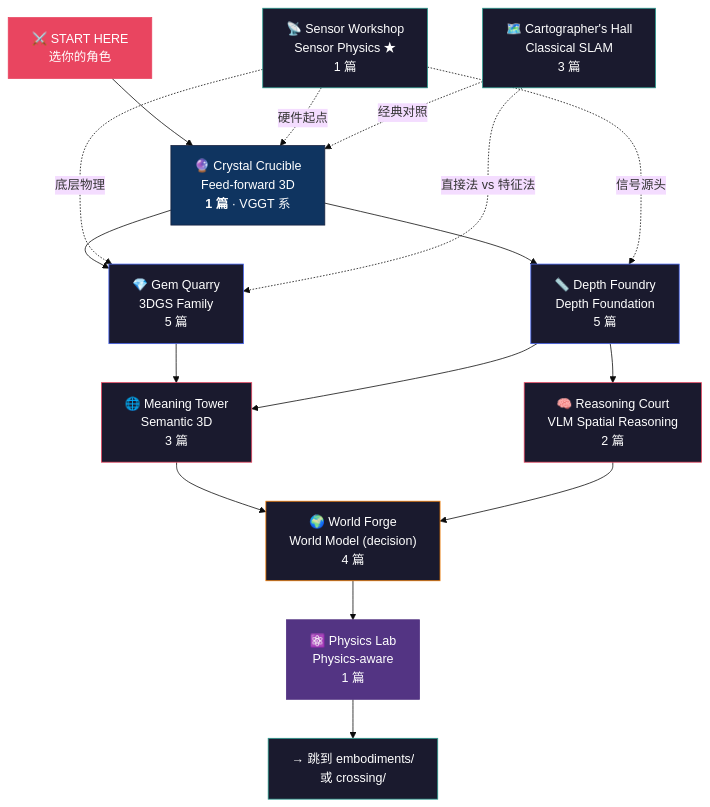
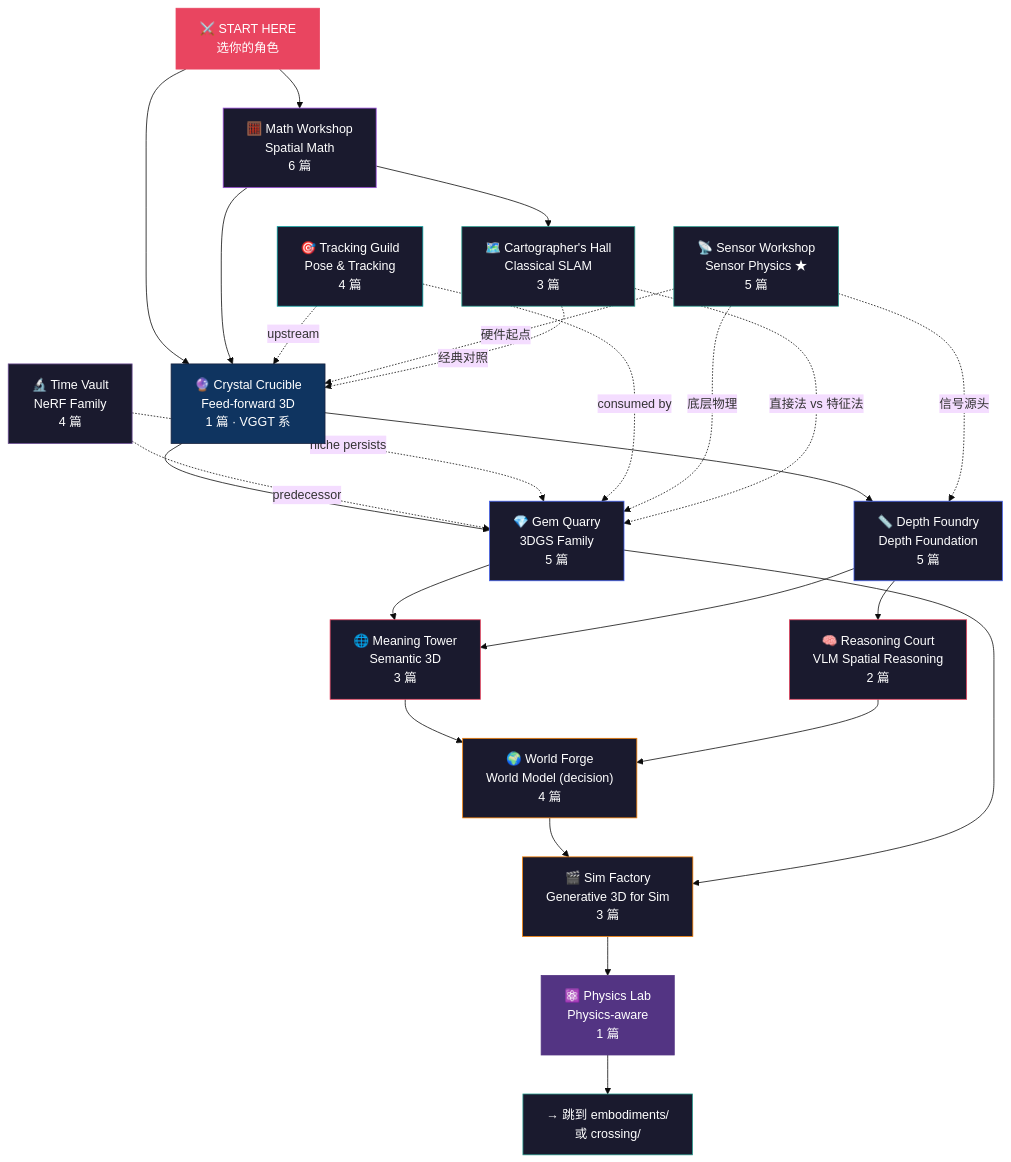
One commit to sou350121/Spatial-Intelligence-Handbook changed the diagram in foundations/README.md. Above: the diagram before and after it, drawn with Mermaid (base theme). The commit also changed other lines of this file and 25 other files, not shown here.

First line of the commit message:
feat(foundations): + 4 new zones (math / NeRF / pose-tracking / sim) + sensor expansion

````diff
--- a/foundations/README.md
+++ b/foundations/README.md
@@ -30,37 +34,54 @@
 ```mermaid
 graph TD
-    START["⚔️ START HERE<br/>选你的角色"] --> FF["🔮 Crystal Crucible<br/>Feed-forward 3D<br/><b>1 篇</b> · VGGT 系"]
+    START["⚔️ START HERE<br/>选你的角色"] --> MATH["🧮 Math Workshop<br/>Spatial Math<br/>6 篇"]
+    START --> FF["🔮 Crystal Crucible<br/>Feed-forward 3D<br/>1 篇 · VGGT 系"]
+
+    MATH --> FF
+    MATH --> CS["🗺️ Cartographer's Hall<br/>Classical SLAM<br/>3 篇"]
 
     FF --> GS["💎 Gem Quarry<br/>3DGS Family<br/>5 篇"]
     FF --> DF["📏 Depth Foundry<br/>Depth Foundation<br/>5 篇"]
+
+    NF["🔬 Time Vault<br/>NeRF Family<br/>4 篇"] -.->|predecessor| GS
+    NF -.->|niche persists| GS
 
     GS --> SM["🌐 Meaning Tower<br/>Semantic 3D<br/>3 篇"]
     DF --> SM
     DF --> VLM["🧠 Reasoning Court<br/>VLM Spatial Reasoning<br/>2 篇"]
 
+    PT["🎯 Tracking Guild<br/>Pose & Tracking<br/>4 篇"] -.->|upstream| FF
+    PT -.->|consumed by| GS
+
     SM --> WM["🌍 World Forge<br/>World Model (decision)<br/>4 篇"]
     VLM --> WM
 
-    WM --> PHY["⚛️ Physics Lab<br/>Physics-aware<br/>1 篇"]
+    WM --> GEN["🎬 Sim Factory<br/>Generative 3D for Sim<br/>3 篇"]
+    GS --> GEN
 
-    SP["📡 Sensor Workshop<br/>Sensor Physics ★<br/>1 篇"] -.->|硬件起点| FF
+    GEN --> PHY["⚛️ Physics Lab<br/>Physics-aware<br/>1 篇"]
+
+    SP["📡 Sensor Workshop<br/>Sensor Physics ★<br/>5 篇"] -.->|硬件起点| FF
     SP -.->|底层物理| GS
     SP -.->|信号源头| DF
 
     PHY --> NEXT["→ 跳到 embodiments/<br/>或 crossing/"]
 
-    CS["🗺️ Cartographer's Hall<br/>Classical SLAM<br/>3 篇"] -.->|经典对照| FF
+    CS -.->|经典对照| FF
     CS -.->|直接法 vs 特征法| GS
 
     style START fill:#e94560,stroke:#e94560,color:#fff
+    style MATH fill:#1a1a2e,stroke:#9d4edd,color:#fff
     style FF fill:#0f3460,stroke:#16213e,color:#fff
     style GS fill:#1a1a2e,stroke:#4361ee,color:#fff
+    style NF fill:#1a1a2e,stroke:#6a4c93,color:#fff
     style DF fill:#1a1a2e,stroke:#4361ee,color:#fff
     style SM fill:#1a1a2e,stroke:#e94560,color:#fff
     style VLM fill:#1a1a2e,stroke:#e94560,color:#fff
     style WM fill:#1a1a2e,stroke:#f77f00,color:#fff
+    style GEN fill:#1a1a2e,stroke:#f77f00,color:#fff
     style PHY fill:#533483,stroke:#533483,color:#fff
     style SP fill:#1a1a2e,stroke:#2a9d8f,color:#fff
+    style PT fill:#1a1a2e,stroke:#06a0a0,color:#fff
     style NEXT fill:#1a1a2e,stroke:#2a9d8f,color:#fff
     style CS fill:#1a1a2e,stroke:#2a9d8f,color:#fff
 ```
````
